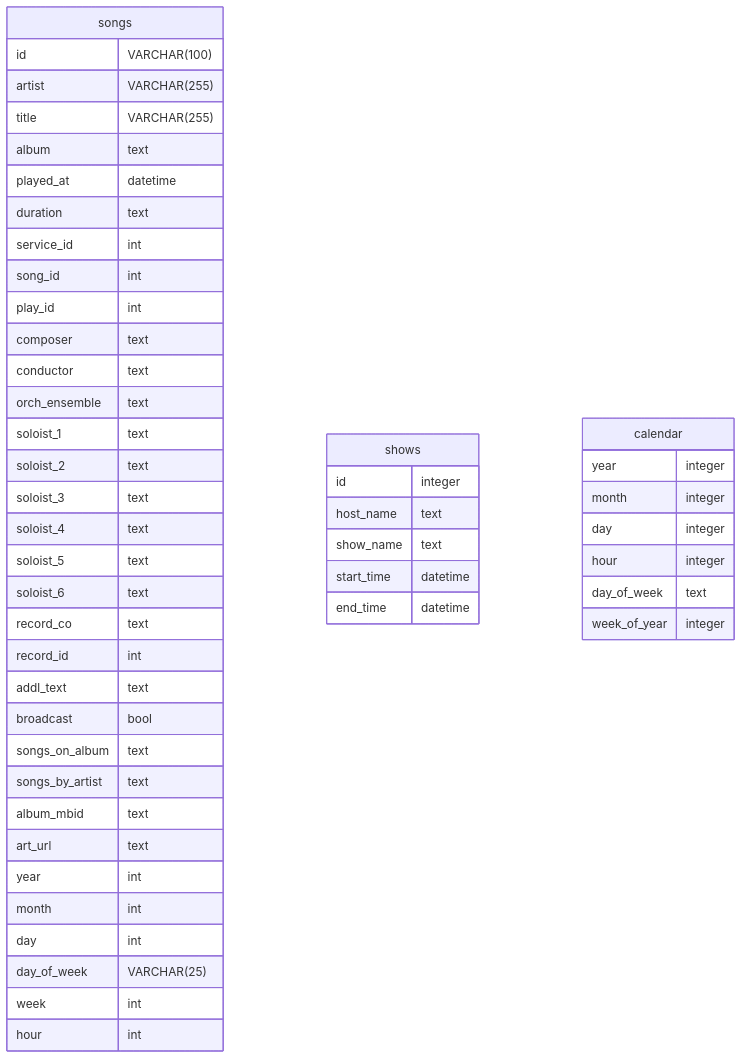
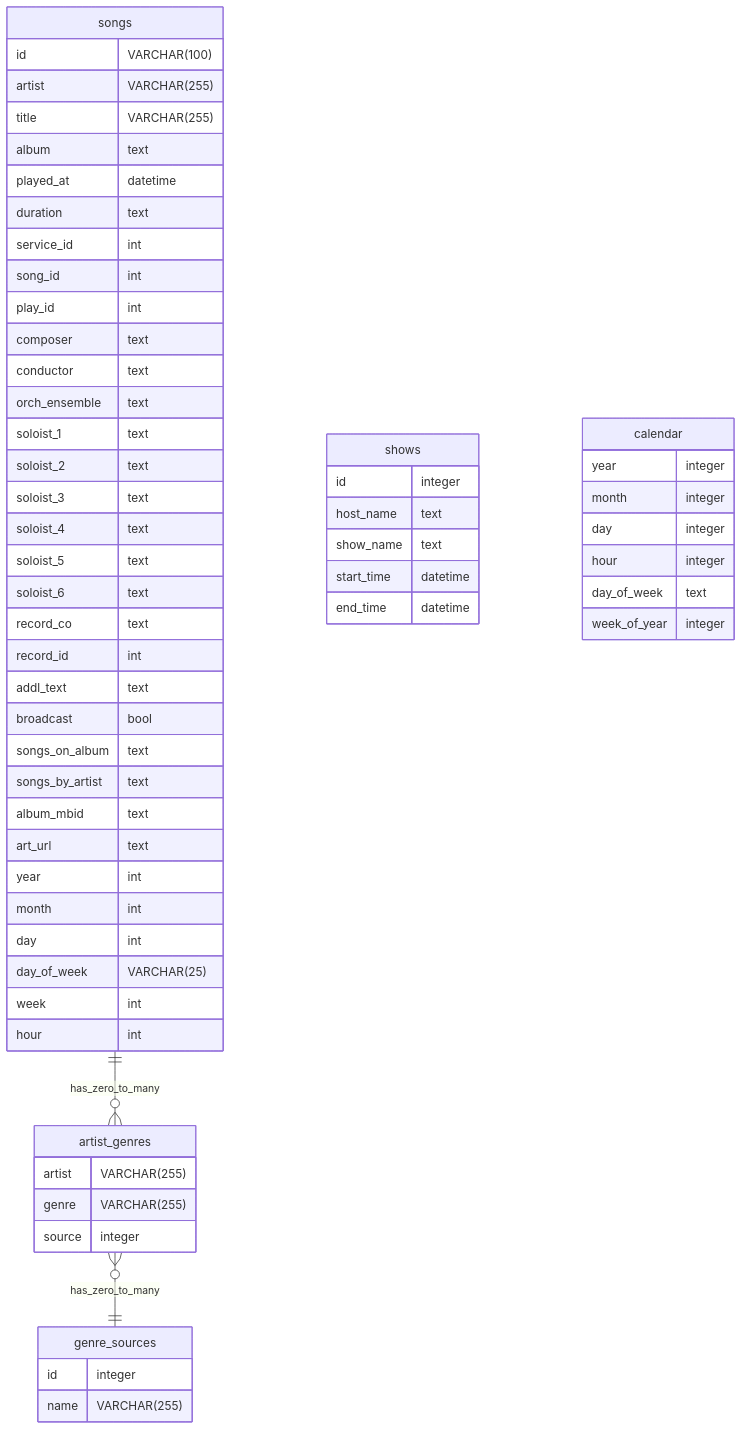
One commit to jasonmotylinski/thecurrent changed the diagram in datamodel.md. Above: the diagram before and after it, drawn with Mermaid. The commit also changed 3 other files, not shown here.

````diff
--- a/datamodel.md
+++ b/datamodel.md
@@ -1,54 +1,69 @@
 ```mermaid
 erDiagram
 songs {
     id VARCHAR(100)
     artist VARCHAR(255)
     title VARCHAR(255)
     album text
     played_at datetime
     duration text
     service_id int 
     song_id int
     play_id int 
     composer text 
     conductor text 
     orch_ensemble text 
     soloist_1 text
     soloist_2 text 
     soloist_3 text 
     soloist_4 text
     soloist_5 text 
     soloist_6 text 
     record_co text 
     record_id int 
     addl_text text 
     broadcast bool 
     songs_on_album text
     songs_by_artist text 
     album_mbid text
     art_url text
     year int
     month int 
     day int
     day_of_week VARCHAR(25)
     week int
     hour int
 }
 
 shows{
     id integer
     host_name text
     show_name text
     start_time datetime
     end_time datetime
 }
 
 calendar {
     year integer
     month integer
     day integer
     hour integer
     day_of_week text
     week_of_year integer
 }
+
+artist_genres {
+    artist VARCHAR(255)
+    genre VARCHAR(255)
+    source integer
+}
+
+genre_sources {
+    id integer
+    name VARCHAR(255)
+}
+
+songs ||--o{ artist_genres: has_zero_to_many
+artist_genres }o--|| genre_sources: has_zero_to_many
+
 ```
````
